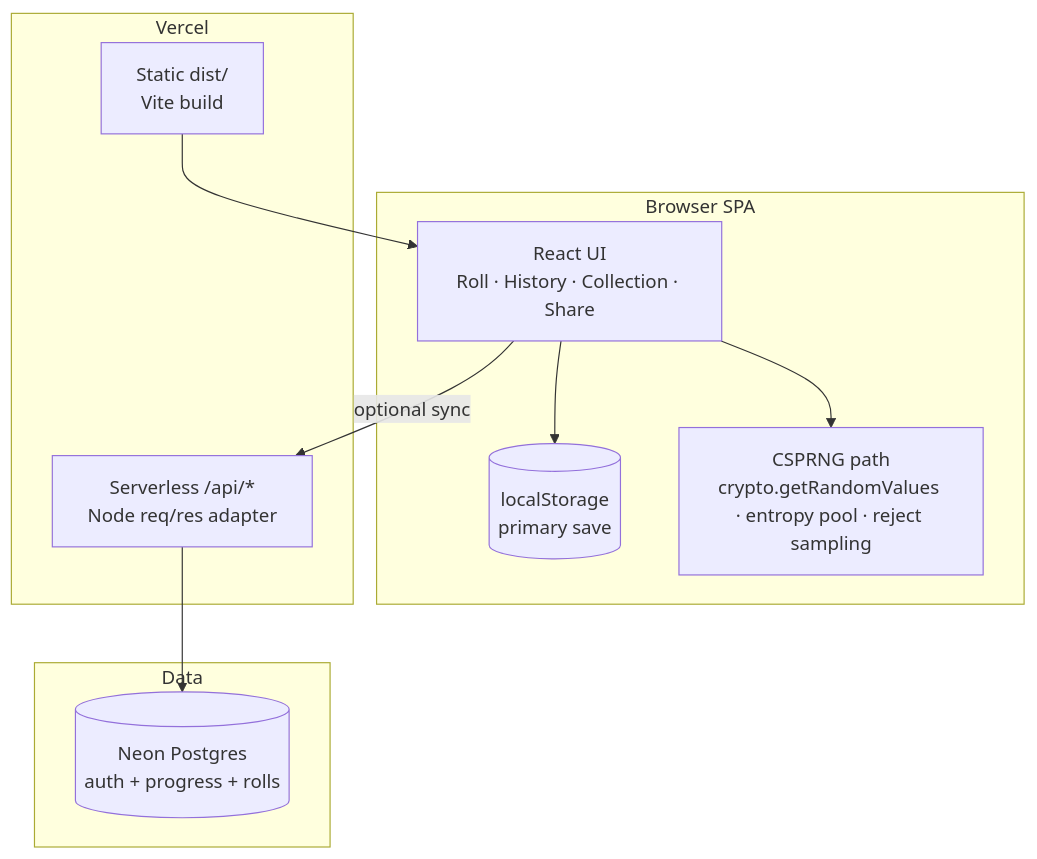
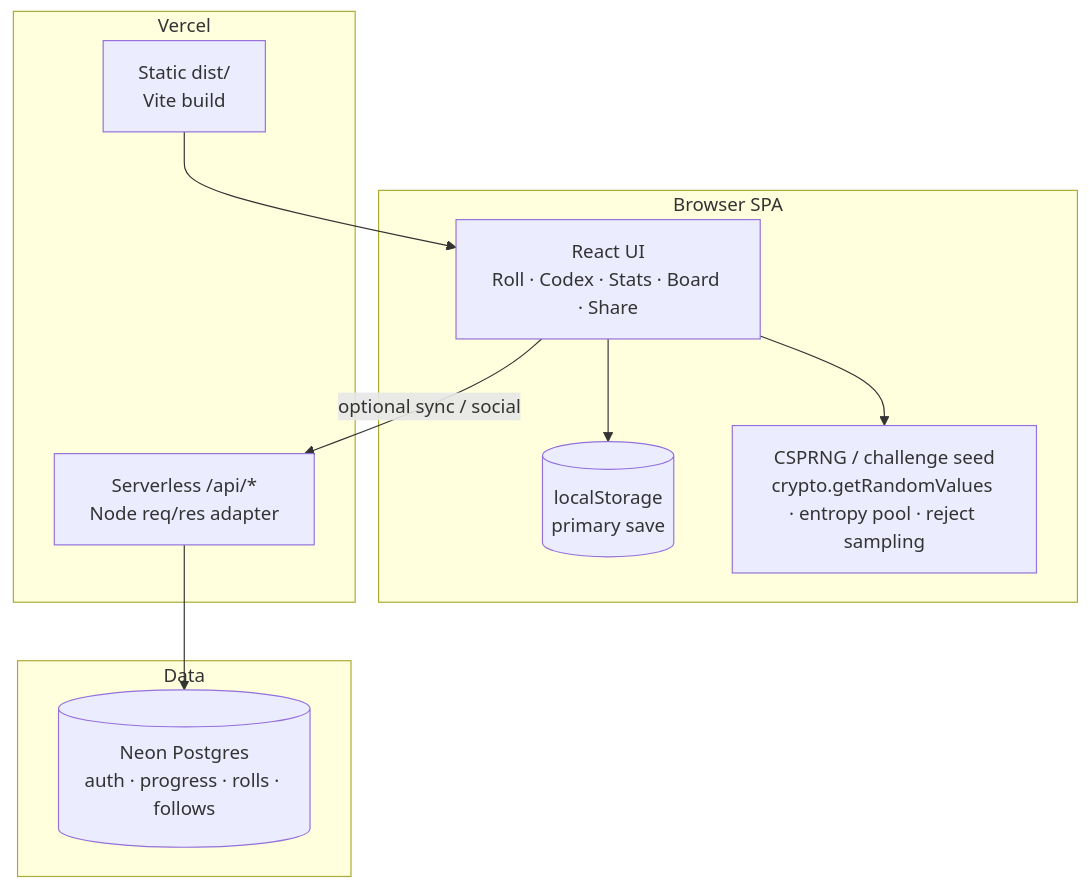
Before and after one commit to jondmarien/rngdle-unlocked: the diagram in README.md, drawn with Mermaid. The commit also changed other lines of this file and 4 other files, not shown here.

````diff
--- a/README.md
+++ b/README.md
@@ -54,23 +54,23 @@
 ```mermaid
 flowchart TB
   subgraph CLIENT["Browser SPA"]
-    UI["React UI<br/>Roll · History · Collection · Share"]
+    UI["React UI<br/>Roll · Codex · Stats · Board · Share"]
     LS[("localStorage<br/>primary save")]
-    RNG["CSPRNG path<br/>crypto.getRandomValues · entropy pool · reject sampling"]
+    RNG["CSPRNG / challenge seed<br/>crypto.getRandomValues · entropy pool · reject sampling"]
     UI --> RNG
     UI --> LS
   end
 
   subgraph VERCEL["Vercel"]
     STATIC["Static dist/<br/>Vite build"]
     API["Serverless /api/*<br/>Node req/res adapter"]
   end
 
   subgraph DATA["Data"]
-    NEON[("Neon Postgres<br/>auth + progress + rolls")]
+    NEON[("Neon Postgres<br/>auth · progress · rolls · follows")]
   end
 
-  UI -->|optional sync| API
+  UI -->|optional sync / social| API
   API --> NEON
   STATIC --> UI
 ```
````
